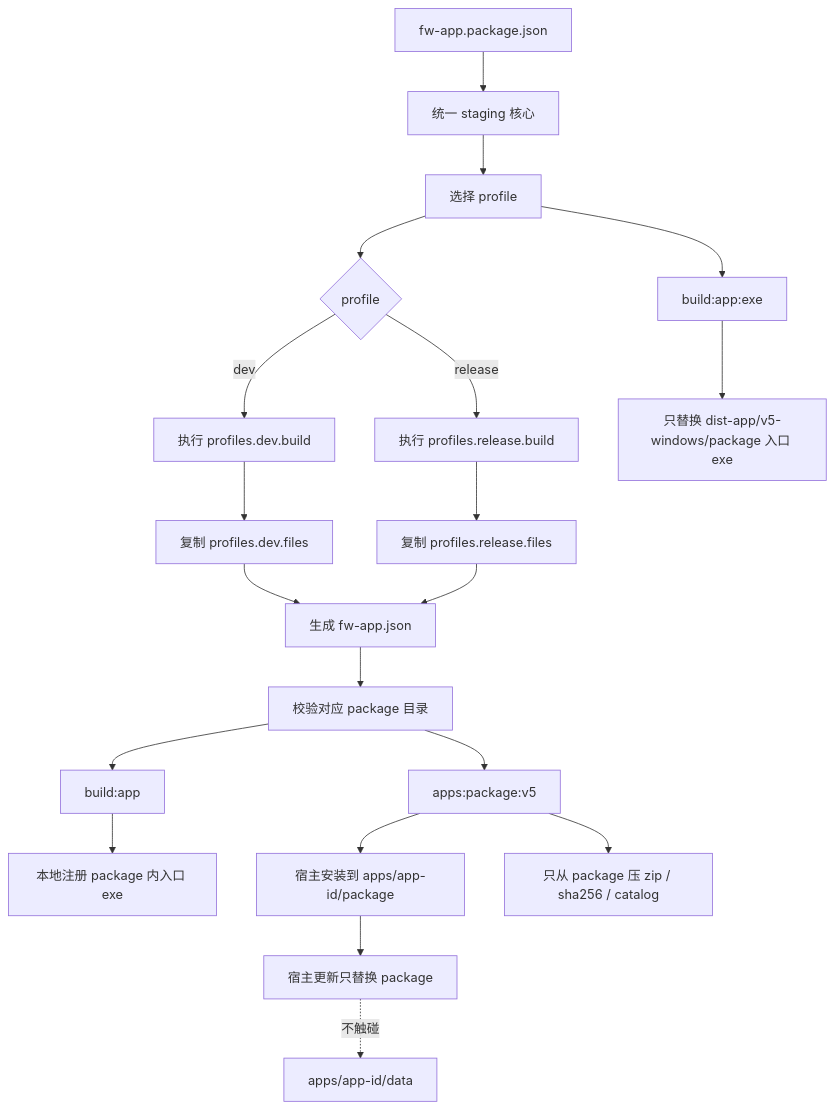
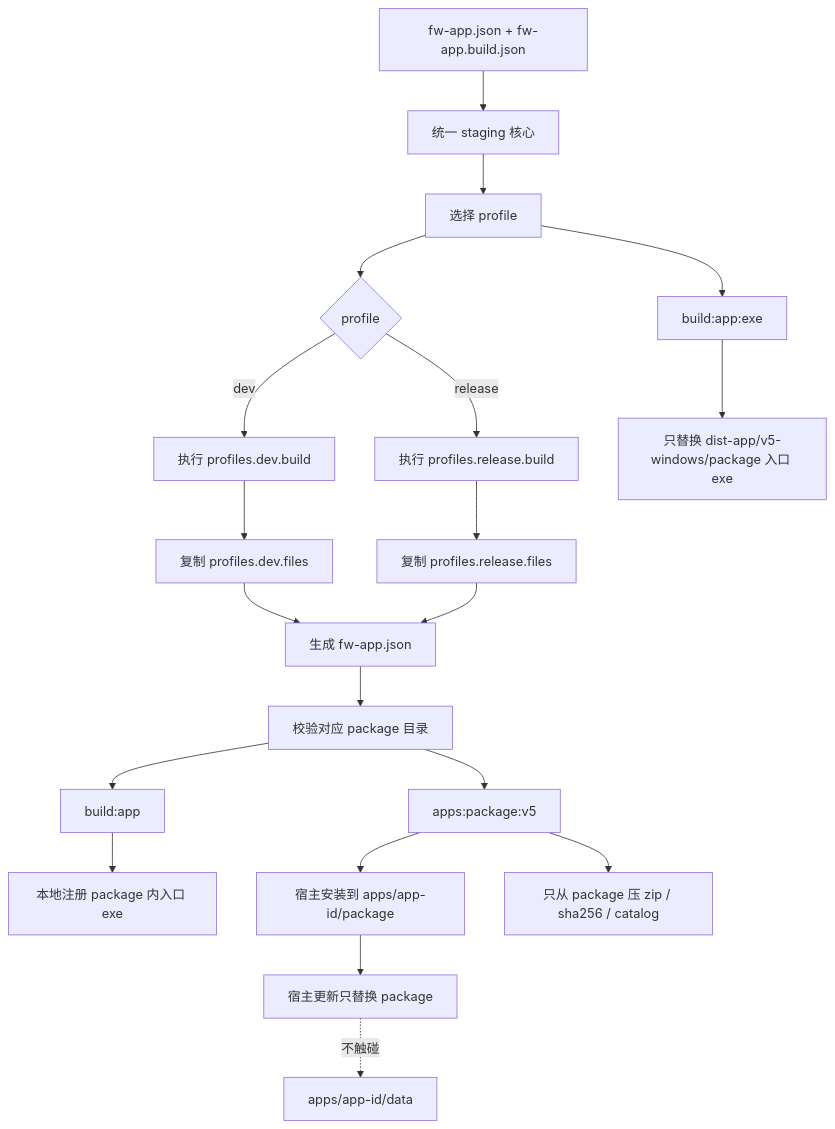
The diagram in apps/v5-reference-app-go/README.md (noelle-silva/fast-window), drawn with Mermaid before and after one commit. The commit also changed other lines of this file and 50 other files, not shown here.

Commit message:
应用清单：消灭双轨制——15个桌面端应用统一采用单份 fw-app.json，构建规则拆分入 fw-app.build.json，打包工具链全面对齐新形态

````diff
--- a/apps/v5-reference-app-go/README.md
+++ b/apps/v5-reference-app-go/README.md
@@ -165,26 +166,26 @@
 ```mermaid
 flowchart TD
-    A[fw-app.package.json] --> B[统一 staging 核心]
+    A[fw-app.json + fw-app.build.json] --> B[统一 staging 核心]
     B --> C[选择 profile]
     C --> P{profile}
     P -->|release| R[执行 profiles.release.build]
     P -->|dev| V[执行 profiles.dev.build]
     R --> D[复制 profiles.release.files]
     V --> M[复制 profiles.dev.files]
     M --> E[生成 fw-app.json]
     D --> E[生成 fw-app.json]
     E --> F[校验对应 package 目录]
 
     F --> G[build:app]
     G --> H[本地注册 package 内入口 exe]
 
     K --> N[宿主安装到 apps/app-id/package]
     N --> O[宿主更新只替换 package]
     O -.不触碰.-> Q[apps/app-id/data]
 
     C --> I[build:app:exe]
     I --> J[只替换 dist-app/v5-windows/package 入口 exe]
 
     F --> K[apps:package:v5]
     K --> L[只从 package 压 zip / sha256 / catalog]
 ```
````
